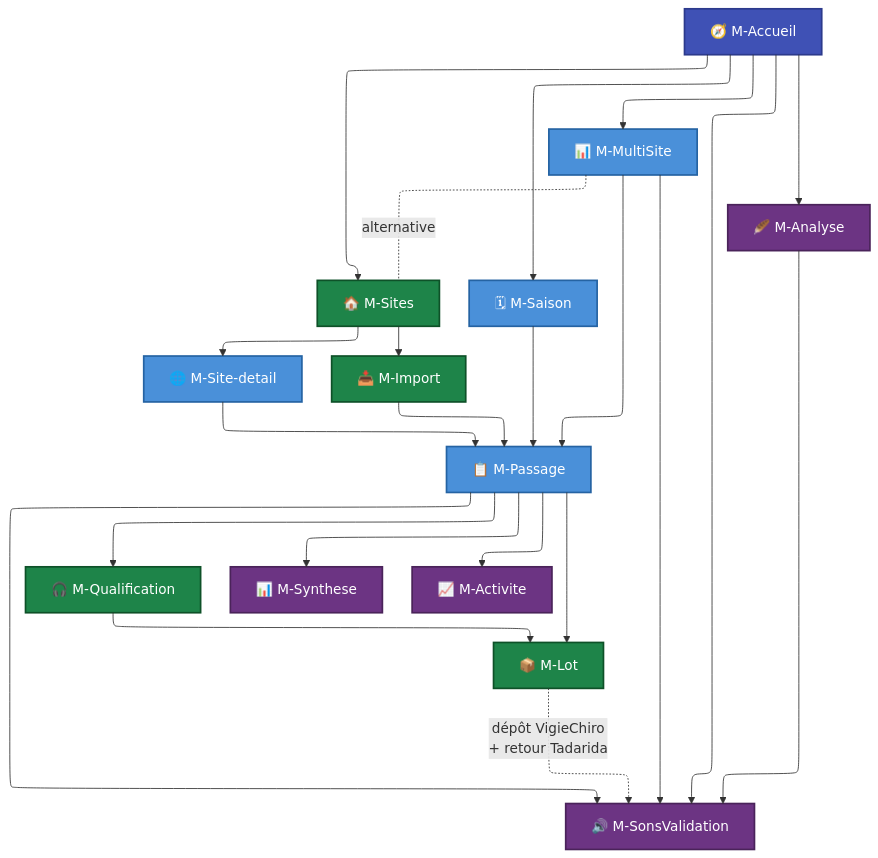
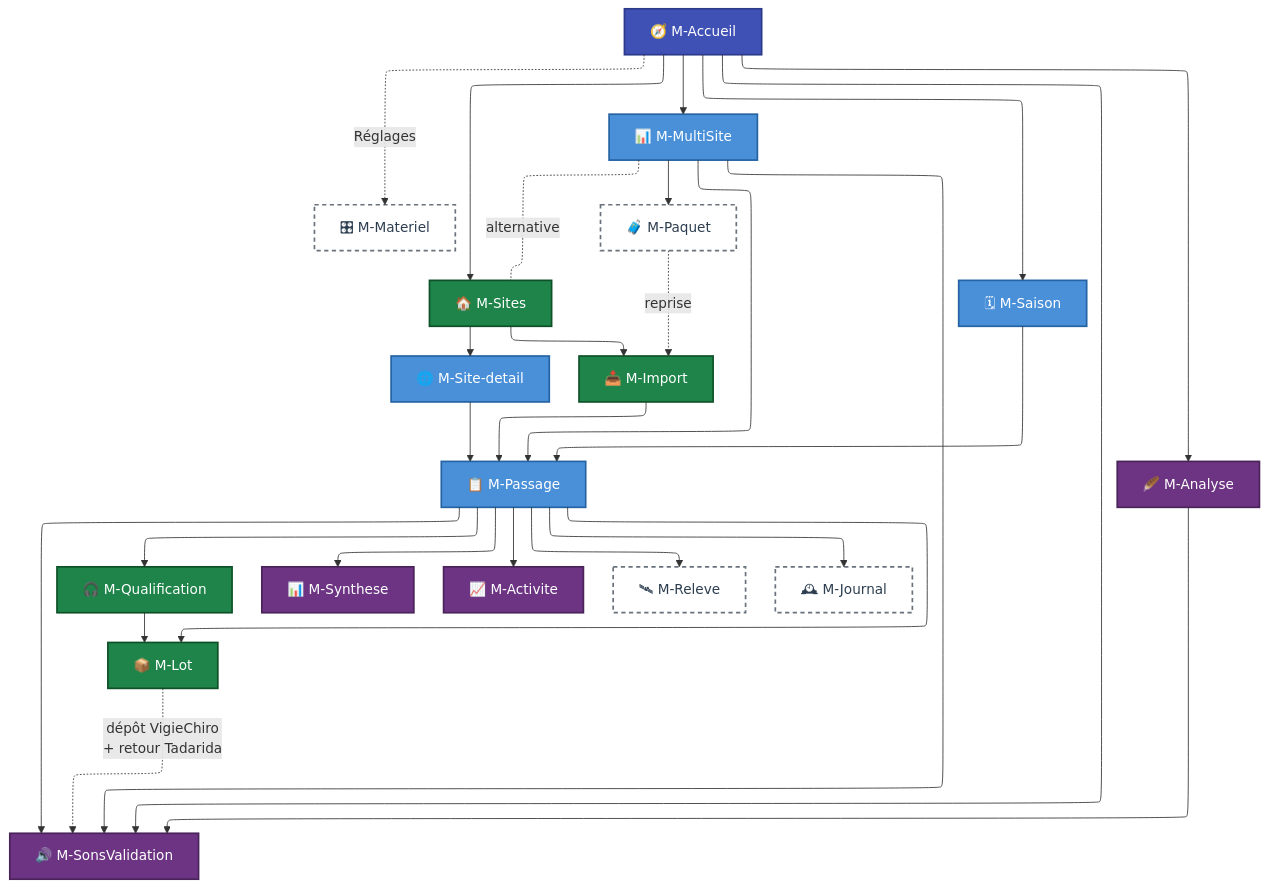
One commit to echonuit/vigiechiro-pr-companion changed the diagram in brief/docs/Analyse et conception/Maquettes/index.md. Above: the diagram before and after it, drawn with Mermaid. The commit also changed other lines of this file and 6 other files, not shown here.

````diff
--- a/brief/docs/Analyse et conception/Maquettes/index.md
+++ b/brief/docs/Analyse et conception/Maquettes/index.md
@@ -61,49 +75,60 @@
 ```mermaid
 %%{init: {"flowchart": {"defaultRenderer": "elk"}, "themeCSS": ".nodeLabel, .nodeLabel p, .nodeLabel span { color: #fff !important; fill: #fff !important; }"}}%%
 flowchart TB
     Accueil[🧭 M-Accueil]
     Sites[🏠 M-Sites]
     MultiSite[📊 M-MultiSite]
     Detail[🌐 M-Site-detail]
     Import[📥 M-Import]
     Passage[📋 M-Passage]
     Qualif[🎧 M-Qualification]
     Lot[📦 M-Lot]
     Analyse[🪶 M-Analyse]
     SonsVal[🔊 M-SonsValidation]
     Saison[🗓 M-Saison]
     Synthese[📊 M-Synthese]
     Activite[📈 M-Activite]
+    Releve[🛰 M-Releve]
+    Journal[🕰 M-Journal]
+    Materiel[🎛 M-Materiel]
+    Paquet[🧳 M-Paquet]
 
     Accueil --> Sites
     Accueil --> MultiSite
     Accueil --> Analyse
     Accueil --> SonsVal
     Accueil --> Saison
     Sites --> Detail
     Sites --> Import
     MultiSite -.alternative.- Sites
     Detail --> Passage
     Import --> Passage
     MultiSite --> Passage
     Saison --> Passage
     Passage --> Qualif
     Passage --> SonsVal
     Passage --> Synthese
     Passage --> Activite
     Qualif --> Lot
     Passage --> Lot
     Lot -.dépôt VigieChiro<br/>+ retour Tadarida.-> SonsVal
     Analyse --> SonsVal
     MultiSite --> SonsVal
 
     classDef accueil fill:#3f51b5,stroke:#2c3a8c,color:#fff,stroke-width:2px
     classDef main fill:#1e8449,stroke:#0e5128,color:#fff,stroke-width:2px
     classDef detail fill:#4a90d9,stroke:#2563a3,color:#fff,stroke-width:2px
     classDef biodiv fill:#6c3483,stroke:#4a235a,color:#fff,stroke-width:2px
     classDef avenir fill:#ffffff,stroke:#6a737d,color:#2c3e50,stroke-width:2px,stroke-dasharray:5 4
     class Accueil accueil
     class Sites,Import,Qualif,Lot main
+    Passage --> Releve
+    Passage --> Journal
+    Accueil -.Réglages.-> Materiel
+    MultiSite --> Paquet
+    Paquet -.reprise.-> Import
+
     class Detail,Passage,MultiSite,Saison detail
     class Analyse,SonsVal,Synthese,Activite biodiv
+    class Releve,Journal,Materiel,Paquet avenir
 ```
````
